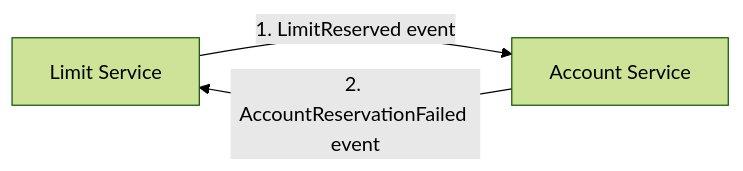
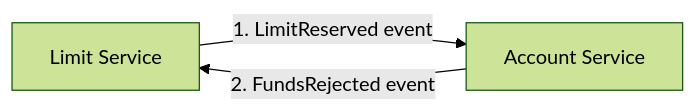
One commit to Adrian-Hansen-dev/second-hand-ticket-app changed diagram 17 of 30 in project-2/abgabe_projekt_2.md. Above: the diagram before and after it, drawn with Mermaid (forest theme). The commit also changed other lines of this file, not shown here.

````diff
--- a/project-2/abgabe_projekt_2.md
+++ b/project-2/abgabe_projekt_2.md
@@ -656,8 +658,8 @@
 ```mermaid
 flowchart LR
     LS[Limit Service]
     AS[Account Service]
 
     LS -->|1. LimitReserved event| AS
-    AS -->|2. AccountReservationFailed event| LS
+    AS -->|2. FundsRejected event| LS
 ```
````
